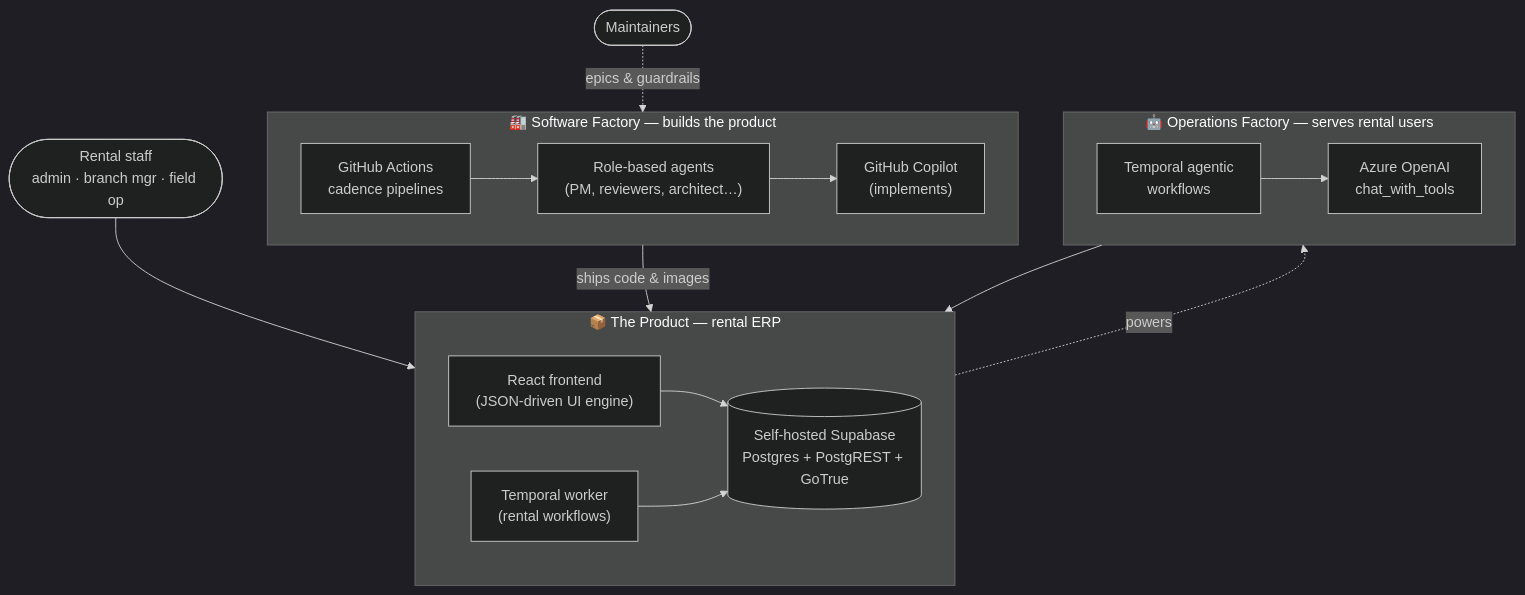
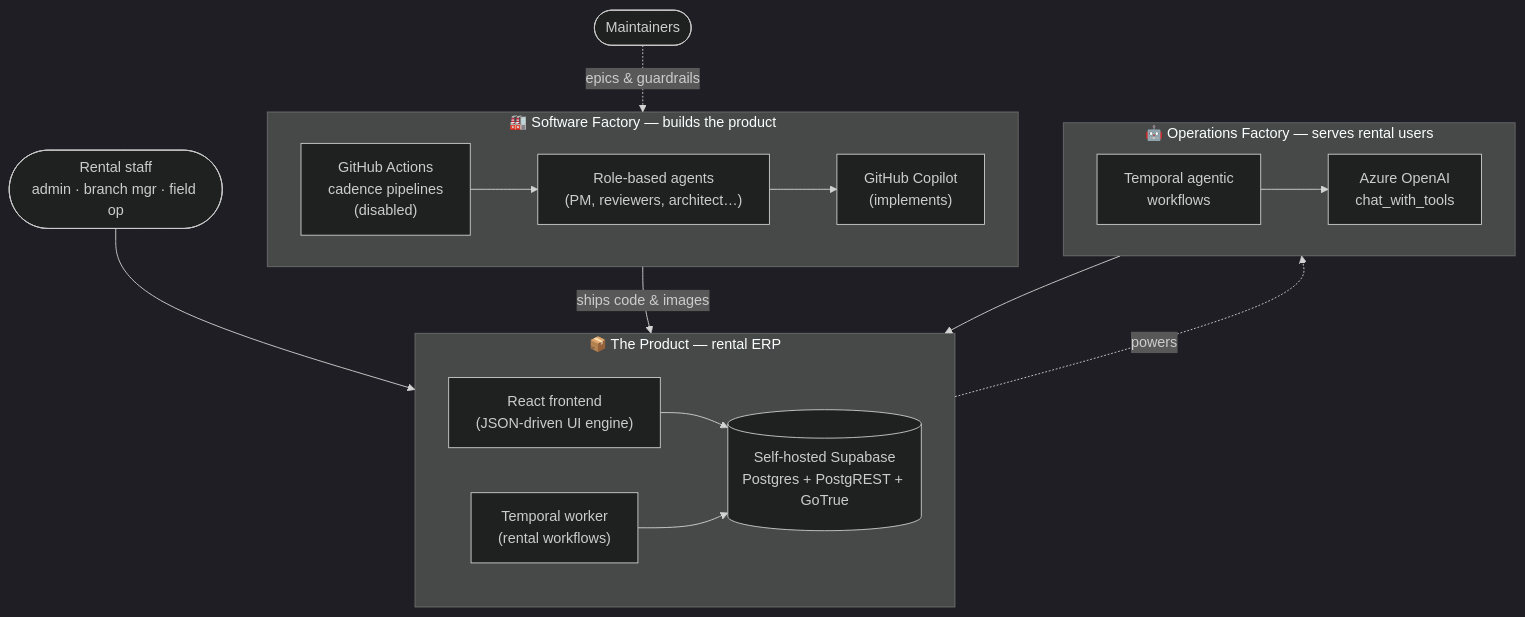
Before and after one commit to rodrigoreisdealernet/dealernet-agents: the first of 4 diagrams in docs/architecture/README.md, drawn with Mermaid (dark theme). The commit also changed other lines of this file and 18 other files, not shown here.

First line of the commit message:
docs: align architecture/ops docs with real (disabled) workflow state

````diff
--- a/docs/architecture/README.md
+++ b/docs/architecture/README.md
@@ -28,28 +34,28 @@
 ```mermaid
 flowchart TB
     subgraph Builds["🏭 Software Factory — builds the product"]
         direction LR
-        GHA["GitHub Actions<br/>cadence pipelines"] --> Agents["Role-based agents<br/>(PM, reviewers, architect…)"]
+        GHA["GitHub Actions<br/>cadence pipelines<br/>(disabled)"] --> Agents["Role-based agents<br/>(PM, reviewers, architect…)"]
         Agents --> Copilot["GitHub Copilot<br/>(implements)"]
     end
 
     subgraph Product["📦 The Product — rental ERP"]
         direction LR
         FE["React frontend<br/>(JSON-driven UI engine)"]
         DB[("Self-hosted Supabase<br/>Postgres + PostgREST + GoTrue")]
         TMP["Temporal worker<br/>(rental workflows)"]
         FE --> DB
         TMP --> DB
     end
 
     subgraph Ops["🤖 Operations Factory — serves rental users"]
         direction LR
         OWF["Temporal agentic<br/>workflows"] --> AOAI["Azure OpenAI<br/>chat_with_tools"]
         OWF --> DB
     end
 
     Builds -->|ships code & images| Product
     Product -.->|powers| Ops
     Users(["Rental staff<br/>admin · branch mgr · field op"]) --> FE
     Maintainers(["Maintainers"]) -.->|epics & guardrails| Builds
 ```
````
